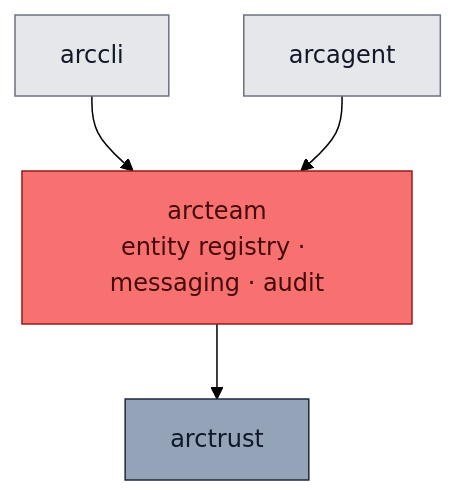
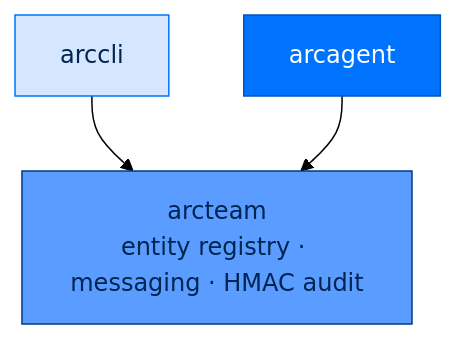
The diagram in packages/arcteam/README.md (joshuamschultz/Arc), drawn with Mermaid (forest theme) before and after one commit. The commit also changed other lines of this file and 16 other files, not shown here.

````diff
--- a/packages/arcteam/README.md
+++ b/packages/arcteam/README.md
@@ -35,10 +35,10 @@
 ```mermaid
 flowchart TB
-    classDef tm fill:#F87171,stroke:#991B1B,color:#450A0A
-    classDef tr fill:#94A3B8,stroke:#1E293B,color:#0F172A
-    classDef other fill:#E5E7EB,stroke:#6B7280,color:#111827
+    classDef surface fill:#5A9CFF,stroke:#003B82,color:#002550
+    classDef agent fill:#0073FE,stroke:#0055BC,color:#FFFFFF
+    classDef entry fill:#D6E6FF,stroke:#0073FE,color:#002550
 
-    arccli[arccli]:::other --> arcteam
-    arcagent[arcagent]:::other --> arcteam
-    arcteam[arcteam<br/>entity registry · messaging · audit]:::tm --> arctrust[arctrust]:::tr
+    arccli[arccli]:::entry --> arcteam
+    arcagent[arcagent]:::agent --> arcteam
+    arcteam[arcteam<br/>entity registry · messaging · HMAC audit]:::surface
 ```
````
